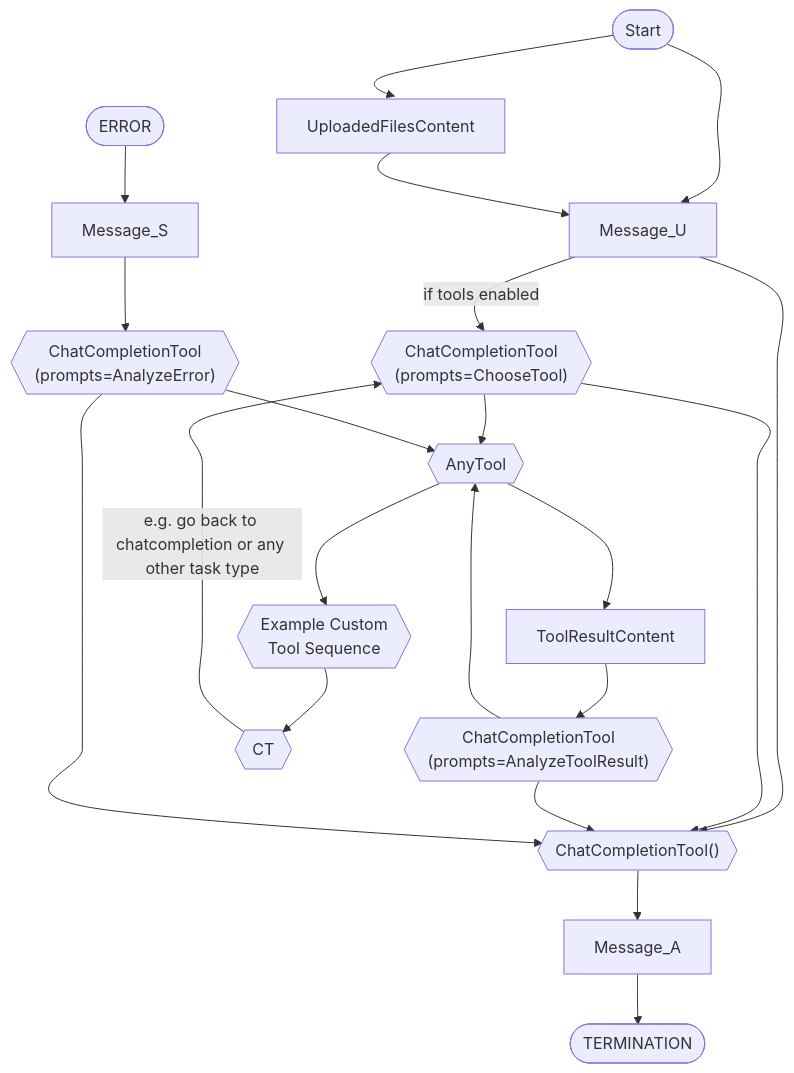
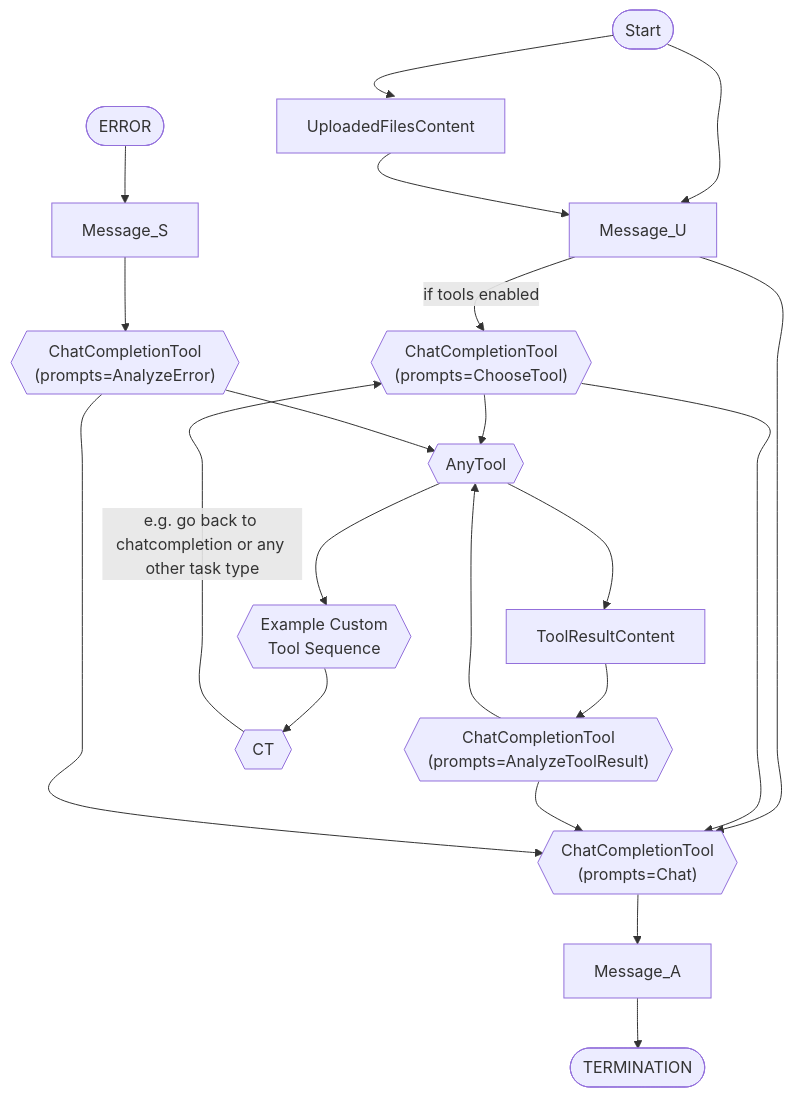
The third of 3 diagrams in public/docs/conversations/taskyon_description.md (Xyntopia/taskyon), drawn with Mermaid before and after one commit. The commit also changed other lines of this file, not shown here.

````diff
--- a/public/docs/conversations/taskyon_description.md
+++ b/public/docs/conversations/taskyon_description.md
@@ -146,35 +149,35 @@
 ```mermaid
 %%{init: { "flowchart": { "curve": "cardinal", "wrappingWidth": 400 } } }%%
 flowchart TD
   Message_U
   Message_A
   Message_S
   ToolResultContent
   UploadedFilesContent
-  cct{{"ChatCompletionTool()"}}
+  cct{{"ChatCompletionTool<br>(prompts=Chat)"}}
   cctct{{"ChatCompletionTool<br>(prompts=ChooseTool)"}}
   cctat{{"ChatCompletionTool<br>(prompts=AnalyzeToolResult)"}}
   cctae{{"ChatCompletionTool<br>(prompts=AnalyzeError)"}}
   cct1{{"Example Custom<br>Tool Sequence"}}
   at{{AnyTool}}
   cct2{{CT}}
 
 
   TERMINATION([TERMINATION])
   e([ERROR])-->Message_S
   s([Start])
 
   Message_S-->cctae
   s-->Message_U
   s-->UploadedFilesContent --> Message_U --> cct --> Message_A --> TERMINATION
   Message_U -- if tools enabled --> cctct
   at-->ToolResultContent-->cctat
   cctct --> at
   cctat --> at
   cctae --> at
   cctct  --> cct
   cctat  --> cct
   cctae  --> cct
   at --> cct1-->cct2-- e.g. go back to chatcompletion or any other task type -->cctct
 
 ```
````
